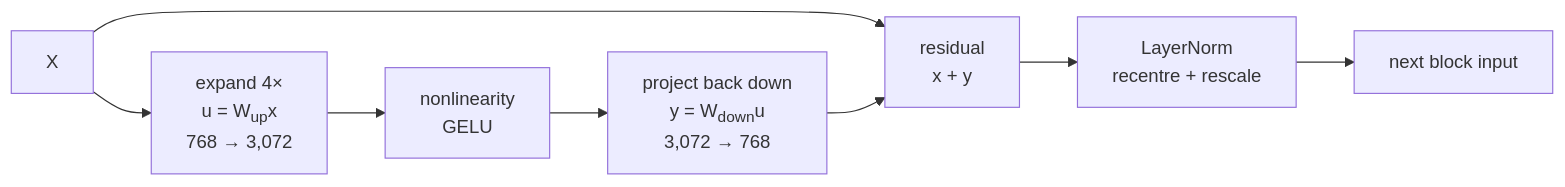
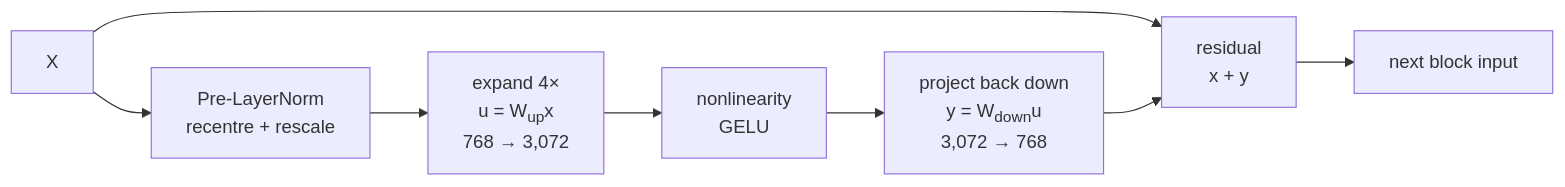
Before and after one commit to Mostakim2005/gpt-moe-3d-explainer: the fifth of 9 diagrams in docs/algorithms.md, drawn with Mermaid. The commit also changed other lines of this file and 7 other files, not shown here.

````diff
--- a/docs/algorithms.md
+++ b/docs/algorithms.md
@@ -108,10 +108,10 @@
 ```mermaid
 flowchart LR
-    X --> UP[expand 4×\nu = W<sub>up</sub>x\n768 → 3,072]
+    X --> LN[Pre-LayerNorm\nrecentre + rescale]
+    LN --> UP[expand 4×\nu = W<sub>up</sub>x\n768 → 3,072]
     UP --> ACT[nonlinearity\nGELU]
     ACT --> DOWN[project back down\ny = W<sub>down</sub>u\n3,072 → 768]
     X --> ADD[residual\nx + y]
     DOWN --> ADD
-    ADD --> LN[LayerNorm\nrecentre + rescale]
-    LN --> NEXT[next block input]
+    ADD --> NEXT[next block input]
 ```
````
